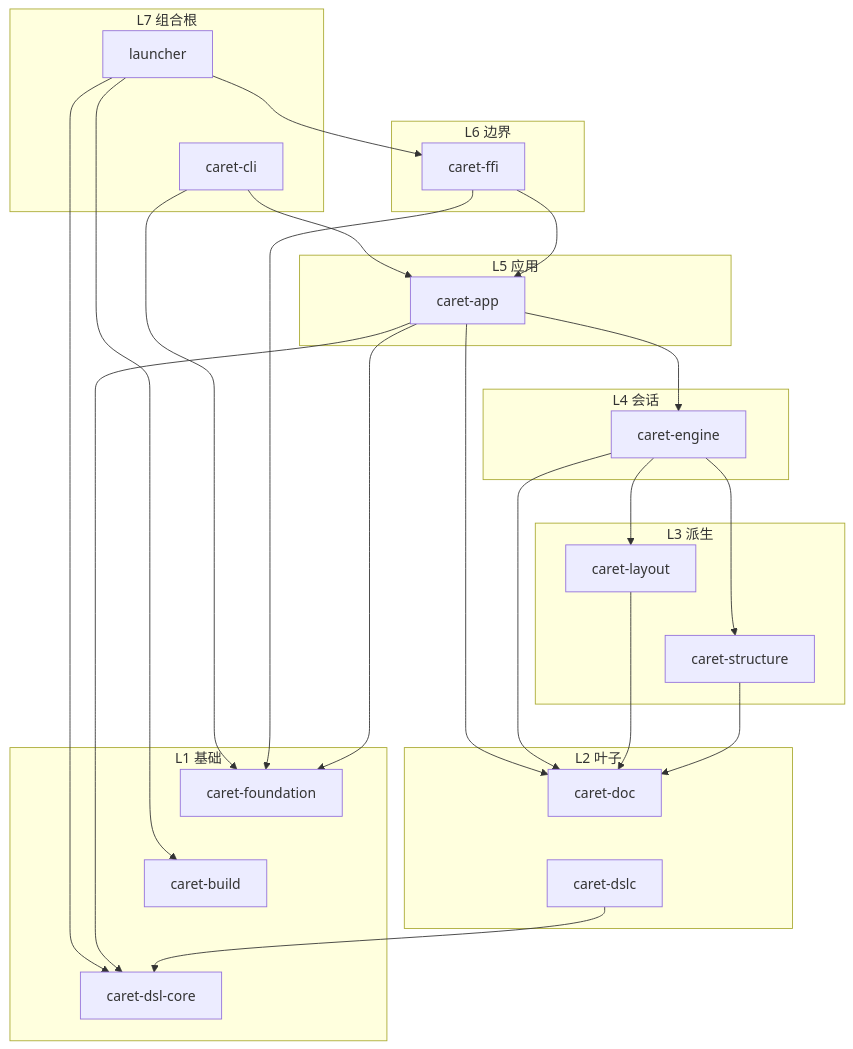
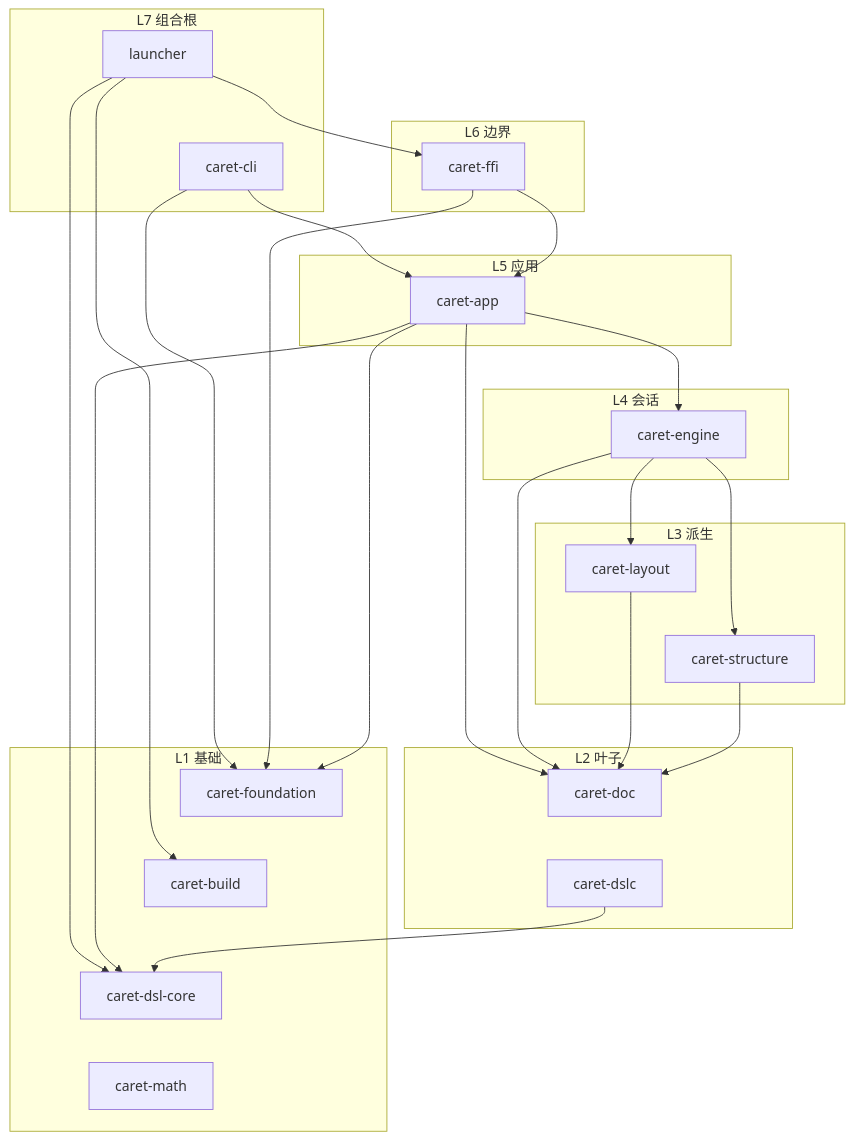
Before and after one commit to VibeSTEM/caret: the first of 2 diagrams in ai-docs/standards/layering/dependency-graphs.md, drawn with Mermaid. The commit also changed 39 other files, not shown here.

First line of the commit message:
feat(math): add versioned Caret math schema and parser boundary

````diff
--- a/ai-docs/standards/layering/dependency-graphs.md
+++ b/ai-docs/standards/layering/dependency-graphs.md
@@ -5,52 +5,54 @@
 ```mermaid
 flowchart TB
   subgraph L7["L7 组合根"]
     launcher["launcher"]
     cli["caret-cli"]
   end
   subgraph L6["L6 边界"]
     ffi["caret-ffi"]
   end
   subgraph L5["L5 应用"]
     app["caret-app"]
   end
   subgraph L4["L4 会话"]
     engine["caret-engine"]
   end
   subgraph L3["L3 派生"]
     layout["caret-layout"]
     structure["caret-structure"]
   end
   subgraph L2["L2 叶子"]
     doc["caret-doc"]
     dslc["caret-dslc"]
   end
   subgraph L1["L1 基础"]
     foundation["caret-foundation"]
     build["caret-build"]
     dslcore["caret-dsl-core"]
+    math["caret-math"]
   end
 
   launcher --> ffi
   launcher --> build
   launcher --> dslcore
   cli --> app
   cli --> foundation
   launcher ~~~ cli
   ffi --> app
   ffi --> foundation
   app --> engine
   app --> dslcore
   app --> doc
   app --> foundation
   engine --> doc
   engine --> layout
   engine --> structure
   layout --> doc
   structure --> doc
   dslc --> dslcore
   layout ~~~ structure
   doc ~~~ dslc
   foundation ~~~ build
   build ~~~ dslcore
+  dslcore ~~~ math
 ```
````
